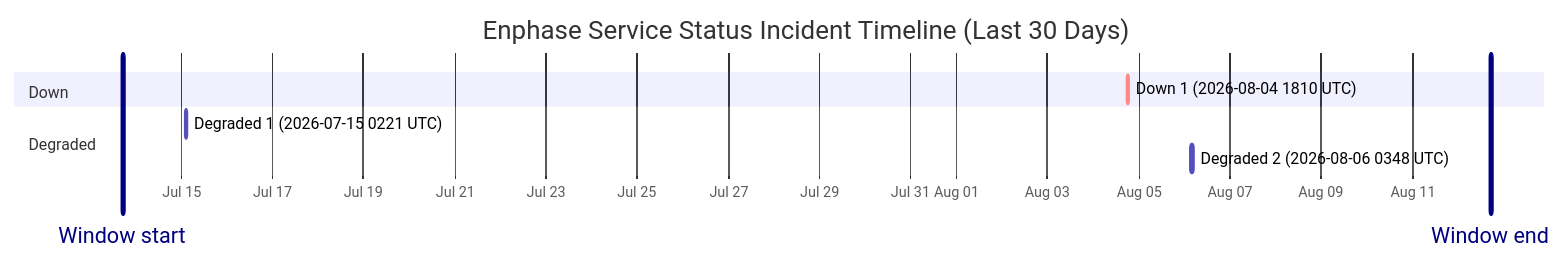
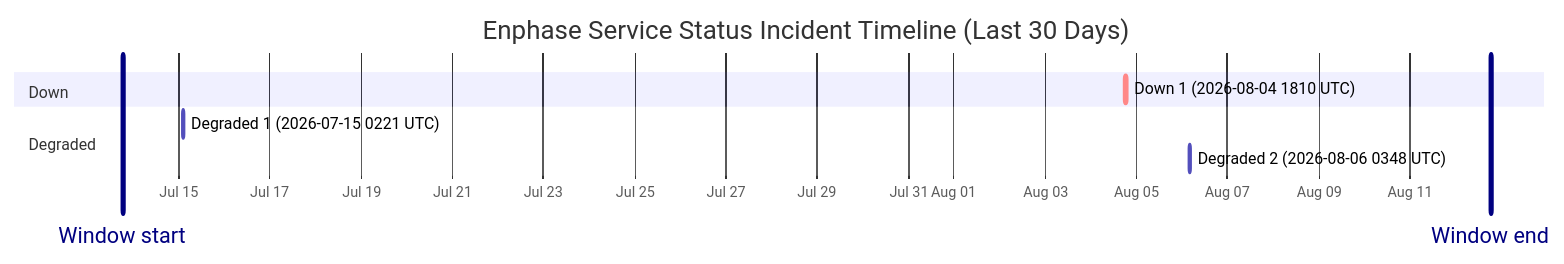
Before and after one commit to barneyonline/ha-enphase-energy: the diagram in wiki/Service-Status-History.md, drawn with Mermaid. The commit also changed other lines of this file and 3 other files, not shown here.

````diff
--- a/wiki/Service-Status-History.md
+++ b/wiki/Service-Status-History.md
@@ -14,13 +14,13 @@
 ```mermaid
 gantt
     title Enphase Service Status Incident Timeline (Last 30 Days)
     dateFormat  YYYY-MM-DDTHH:mm:ss
     axisFormat  %b %d
-    Window start :vert, window-start, 2026-07-13T17:04:27, 0ms
-    Window end :vert, window-end, 2026-08-12T17:04:27, 0ms
+    Window start :vert, window-start, 2026-07-13T18:25:13, 0ms
+    Window end :vert, window-end, 2026-08-12T18:25:13, 0ms
     section Down
     Down 1 (2026-08-04 1810 UTC) :crit, down-1, 2026-08-04T18:10:46, 60m
     section Degraded
     Degraded 1 (2026-07-15 0221 UTC) :active, degraded-1, 2026-07-15T02:21:35, 60m
     Degraded 2 (2026-08-06 0348 UTC) :active, degraded-2, 2026-08-06T03:48:14, 60m
 ```
````
